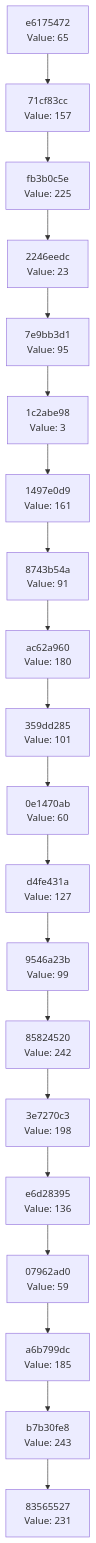
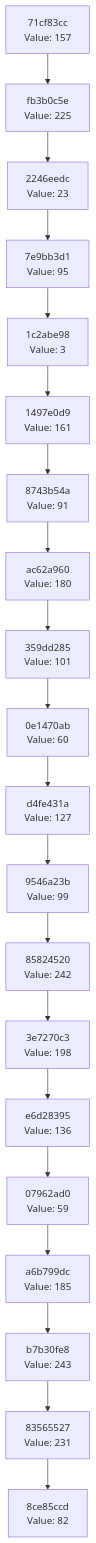
The diagram in docs/CHAIN_VISUALIZATION.md (Abhisheksinha1506/hash-chain-evolver), drawn with Mermaid before and after one commit. The commit also changed 3 other files, not shown here.

````diff
--- a/docs/CHAIN_VISUALIZATION.md
+++ b/docs/CHAIN_VISUALIZATION.md
@@ -3,42 +3,42 @@
 ```mermaid
 graph TD
-    C0["83565527<br/>Value: 231"]
-    C1["b7b30fe8<br/>Value: 243"]
+    C0["8ce85ccd<br/>Value: 82"]
+    C1["83565527<br/>Value: 231"]
     C1 --> C0
-    C2["a6b799dc<br/>Value: 185"]
+    C2["b7b30fe8<br/>Value: 243"]
     C2 --> C1
-    C3["07962ad0<br/>Value: 59"]
+    C3["a6b799dc<br/>Value: 185"]
     C3 --> C2
-    C4["e6d28395<br/>Value: 136"]
+    C4["07962ad0<br/>Value: 59"]
     C4 --> C3
-    C5["3e7270c3<br/>Value: 198"]
+    C5["e6d28395<br/>Value: 136"]
     C5 --> C4
-    C6["85824520<br/>Value: 242"]
+    C6["3e7270c3<br/>Value: 198"]
     C6 --> C5
-    C7["9546a23b<br/>Value: 99"]
+    C7["85824520<br/>Value: 242"]
     C7 --> C6
-    C8["d4fe431a<br/>Value: 127"]
+    C8["9546a23b<br/>Value: 99"]
     C8 --> C7
-    C9["0e1470ab<br/>Value: 60"]
+    C9["d4fe431a<br/>Value: 127"]
     C9 --> C8
-    C10["359dd285<br/>Value: 101"]
+    C10["0e1470ab<br/>Value: 60"]
     C10 --> C9
-    C11["ac62a960<br/>Value: 180"]
+    C11["359dd285<br/>Value: 101"]
     C11 --> C10
-    C12["8743b54a<br/>Value: 91"]
+    C12["ac62a960<br/>Value: 180"]
     C12 --> C11
-    C13["1497e0d9<br/>Value: 161"]
+    C13["8743b54a<br/>Value: 91"]
     C13 --> C12
-    C14["1c2abe98<br/>Value: 3"]
+    C14["1497e0d9<br/>Value: 161"]
     C14 --> C13
-    C15["7e9bb3d1<br/>Value: 95"]
+    C15["1c2abe98<br/>Value: 3"]
     C15 --> C14
-    C16["2246eedc<br/>Value: 23"]
+    C16["7e9bb3d1<br/>Value: 95"]
     C16 --> C15
-    C17["fb3b0c5e<br/>Value: 225"]
+    C17["2246eedc<br/>Value: 23"]
     C17 --> C16
-    C18["71cf83cc<br/>Value: 157"]
+    C18["fb3b0c5e<br/>Value: 225"]
     C18 --> C17
-    C19["e6175472<br/>Value: 65"]
+    C19["71cf83cc<br/>Value: 157"]
     C19 --> C18
 ```
````
